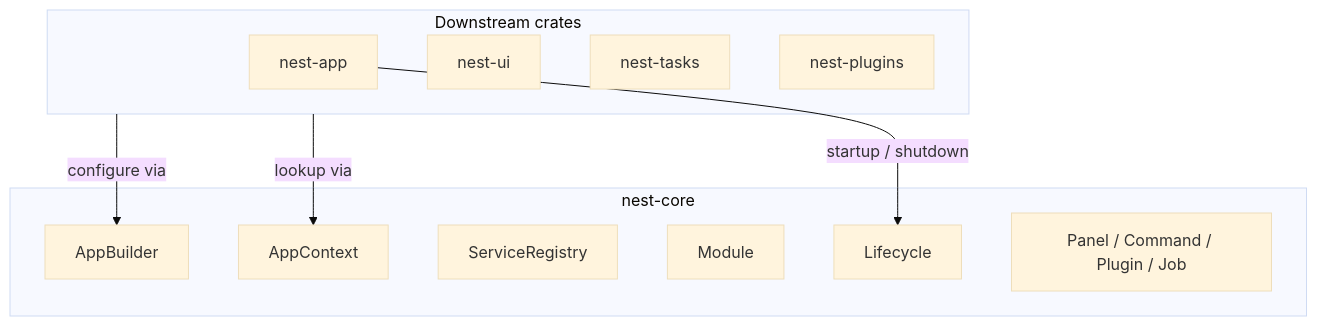
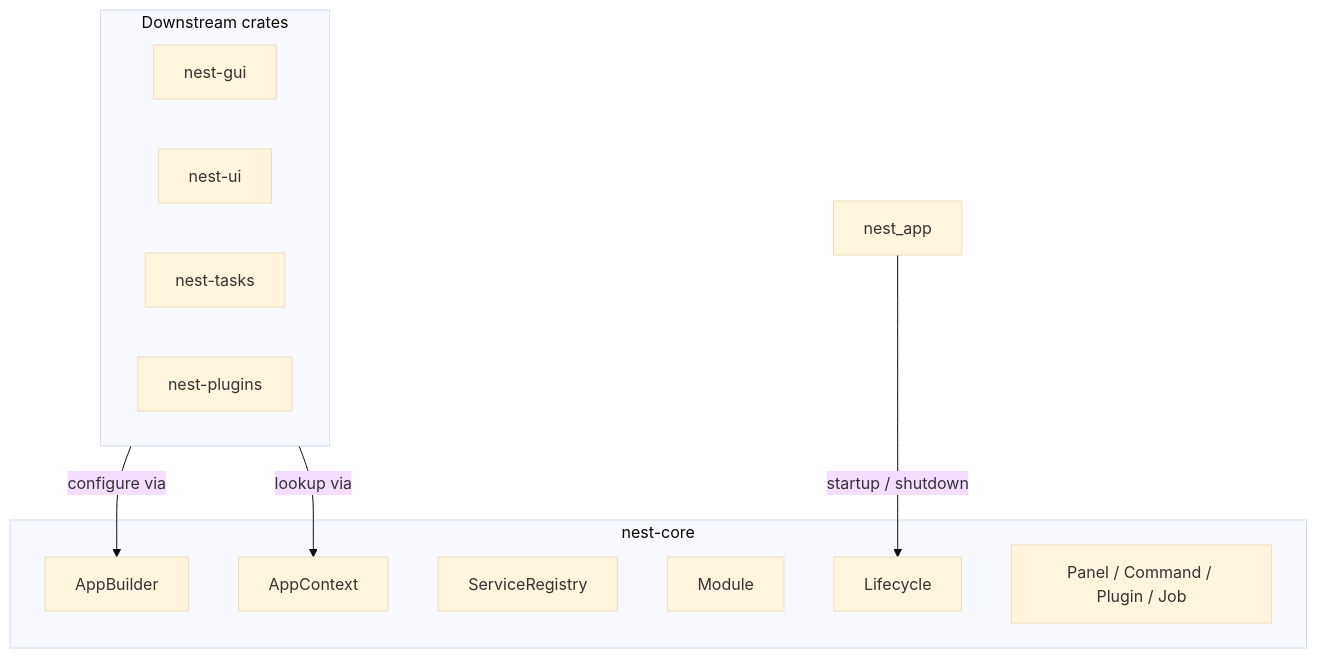
One commit to pacificnm/nest changed the diagram in docs/nest-core/overview.md. Above: the diagram before and after it, drawn with Mermaid (base theme). The commit also changed other lines of this file and 110 other files, not shown here.

````diff
--- a/docs/nest-core/overview.md
+++ b/docs/nest-core/overview.md
@@ -48,22 +48,22 @@
 ```mermaid
 flowchart TB
     subgraph core [nest-core]
         AppBuilder
         AppContext
         ServiceRegistry
         Module
         Lifecycle
         ExtensionTraits[Panel / Command / Plugin / Job]
     end
 
     subgraph consumers [Downstream crates]
-        nest_app[nest-app]
+        nest_gui[nest-gui]
         nest_ui[nest-ui]
         nest_tasks[nest-tasks]
         nest_plugins[nest-plugins]
     end
 
     consumers -->|configure via| AppBuilder
     consumers -->|lookup via| AppContext
     nest_app -->|startup / shutdown| Lifecycle
 ```
````
